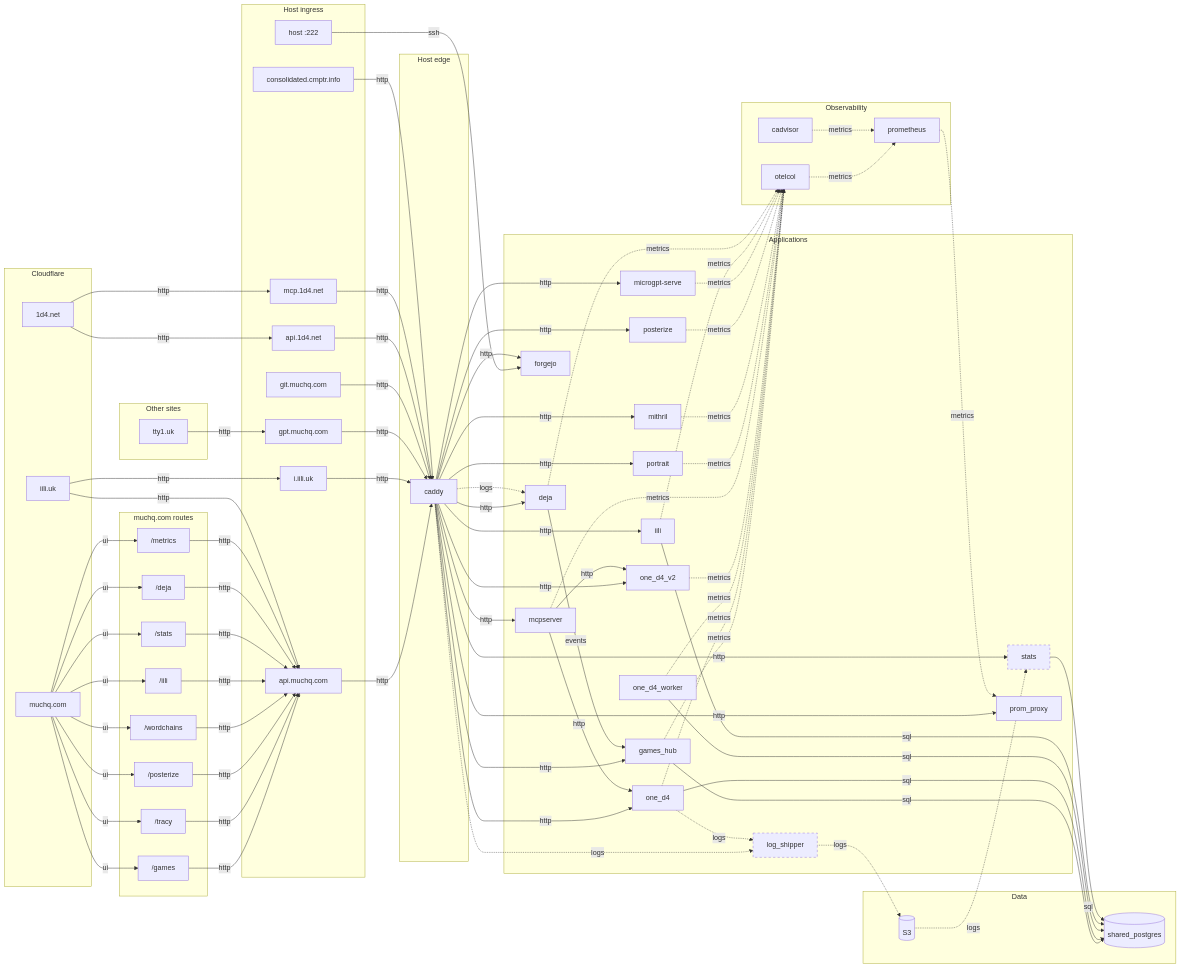
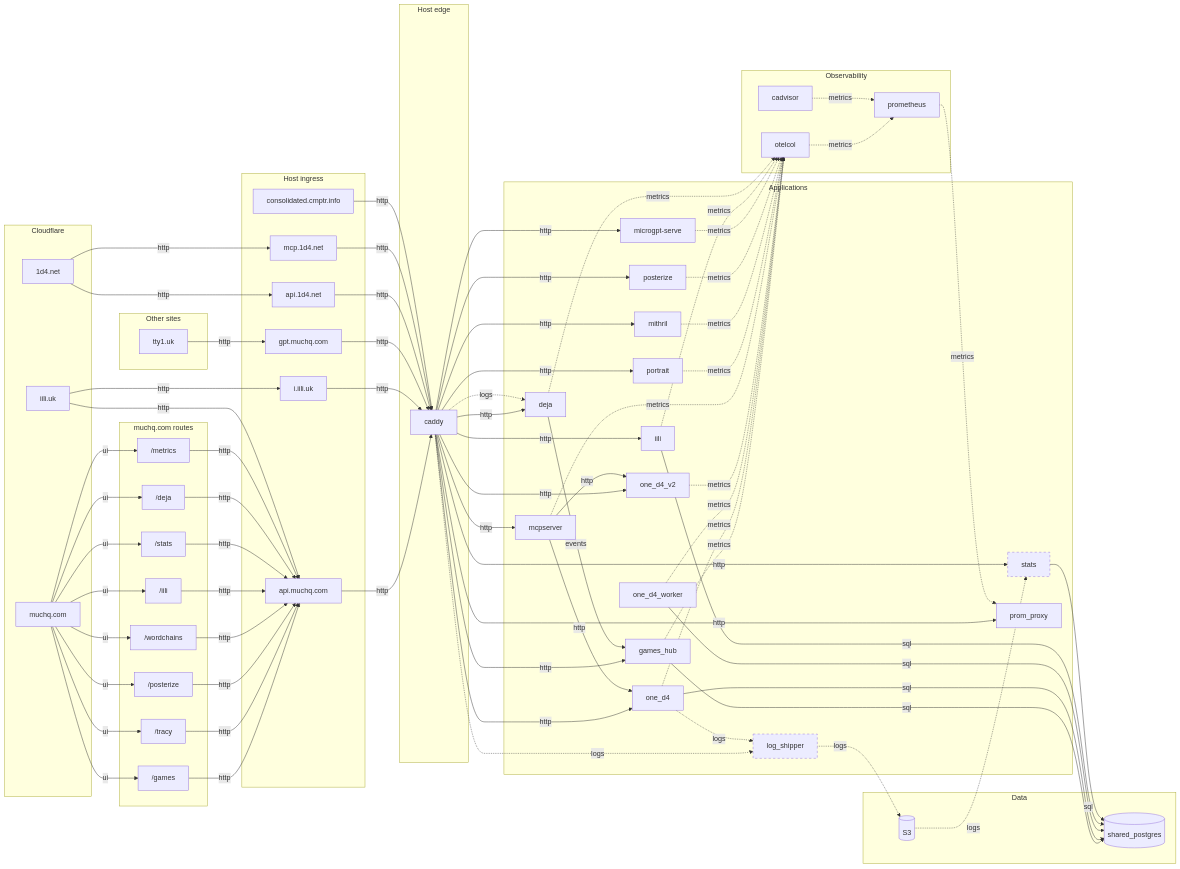
The diagram in src/apps/topology/topology.mmd (muchq/muchq.github.io), drawn with Mermaid before and after one commit.

Commit message:
topology: drop forgejo from the diagram

```diff
--- a/src/apps/topology/topology.mmd
+++ b/src/apps/topology/topology.mmd
@@ -1,154 +1,148 @@
 flowchart LR
   subgraph cf["Cloudflare"]
     muchq_com["muchq.com"]
     iili_uk["iili.uk"]
     one_d4_net["1d4.net"]
   end
 
   subgraph ext["Other sites"]
     tty1_uk["tty1.uk"]
   end
 
   subgraph ingress["Host ingress"]
     api_muchq["api.muchq.com"]
     i_iili_uk["i.iili.uk"]
     gpt_muchq["gpt.muchq.com"]
-    git_muchq["git.muchq.com"]
-    git_ssh["host :222"]
     api_1d4["api.1d4.net"]
     mcp_1d4["mcp.1d4.net"]
     cmptr["consolidated.cmptr.info"]
   end
 
   subgraph ui["muchq.com routes"]
     ui_games["/games"]
     ui_tracy["/tracy"]
     ui_posterize["/posterize"]
     ui_wordchains["/wordchains"]
     ui_iili["/iili"]
     ui_stats["/stats"]
     ui_deja["/deja"]
     ui_metrics["/metrics"]
   end
 
   subgraph edge["Host edge"]
     caddy["caddy"]
   end
 
   subgraph apps["Applications"]
     games_hub["games_hub"]
     one_d4["one_d4"]
     one_d4_worker["one_d4_worker"]
     one_d4_v2["one_d4_v2"]
     mcpserver["mcpserver"]
     portrait["portrait"]
     mithril["mithril"]
     posterize["posterize"]
     microgpt-serve["microgpt-serve"]
     iili["iili"]
     deja["deja"]
     stats["stats"]:::gated
     log_shipper["log_shipper"]:::gated
-    forgejo["forgejo"]
     prom_proxy["prom_proxy"]
   end
 
   subgraph data["Data"]
     shared_postgres[("shared_postgres")]
     s3[("S3")]
   end
 
   subgraph obs["Observability"]
     otelcol["otelcol"]
     prometheus["prometheus"]
     cadvisor["cadvisor"]
   end
 
   muchq_com -->|ui| ui_games
   muchq_com -->|ui| ui_tracy
   muchq_com -->|ui| ui_posterize
   muchq_com -->|ui| ui_wordchains
   muchq_com -->|ui| ui_iili
   muchq_com -->|ui| ui_stats
   muchq_com -->|ui| ui_deja
   muchq_com -->|ui| ui_metrics
 
   ui_games -->|http| api_muchq
   ui_tracy -->|http| api_muchq
   ui_posterize -->|http| api_muchq
   ui_wordchains -->|http| api_muchq
   ui_iili -->|http| api_muchq
   ui_stats -->|http| api_muchq
   ui_deja -->|http| api_muchq
   ui_metrics -->|http| api_muchq
 
   iili_uk -->|http| api_muchq
   iili_uk -->|http| i_iili_uk
   one_d4_net -->|http| api_1d4
   one_d4_net -->|http| mcp_1d4
   tty1_uk -->|http| gpt_muchq
 
   api_muchq -->|http| caddy
   i_iili_uk -->|http| caddy
   gpt_muchq -->|http| caddy
-  git_muchq -->|http| caddy
   api_1d4 -->|http| caddy
   mcp_1d4 -->|http| caddy
   cmptr -->|http| caddy
-  git_ssh -->|ssh| forgejo
 
   caddy -->|http| games_hub
   caddy -->|http| portrait
   caddy -->|http| mithril
   caddy -->|http| posterize
   caddy -->|http| microgpt-serve
   caddy -->|http| one_d4
   caddy -->|http| one_d4_v2
   caddy -->|http| iili
   caddy -->|http| stats
   caddy -->|http| deja
   caddy -->|http| mcpserver
   caddy -->|http| prom_proxy
-  caddy -->|http| forgejo
 
   mcpserver -->|http| one_d4
   mcpserver -->|http| one_d4_v2
   deja -->|events| games_hub
 
   games_hub -->|sql| shared_postgres
   one_d4 -->|sql| shared_postgres
   one_d4_worker -->|sql| shared_postgres
   iili -->|sql| shared_postgres
   stats -->|sql| shared_postgres
 
   caddy -.->|logs| deja
   caddy -.->|logs| log_shipper
   one_d4 -.->|logs| log_shipper
   log_shipper -.->|logs| s3
   s3 -.->|logs| stats
 
   games_hub -.->|metrics| otelcol
   one_d4 -.->|metrics| otelcol
   one_d4_worker -.->|metrics| otelcol
   one_d4_v2 -.->|metrics| otelcol
   mcpserver -.->|metrics| otelcol
   portrait -.->|metrics| otelcol
   mithril -.->|metrics| otelcol
   posterize -.->|metrics| otelcol
   microgpt-serve -.->|metrics| otelcol
   iili -.->|metrics| otelcol
   deja -.->|metrics| otelcol
   otelcol -.->|metrics| prometheus
   cadvisor -.->|metrics| prometheus
   prometheus -.->|metrics| prom_proxy
 
   classDef gated stroke-dasharray: 5 5
 
   click games_hub "https://muchq.com/games"
   click portrait "https://muchq.com/tracy"
   click posterize "https://muchq.com/posterize"
   click mithril "https://muchq.com/wordchains"
   click iili "https://muchq.com/iili"
   click stats "https://muchq.com/stats"
   click deja "https://muchq.com/deja"
   click prom_proxy "https://muchq.com/metrics"
```
